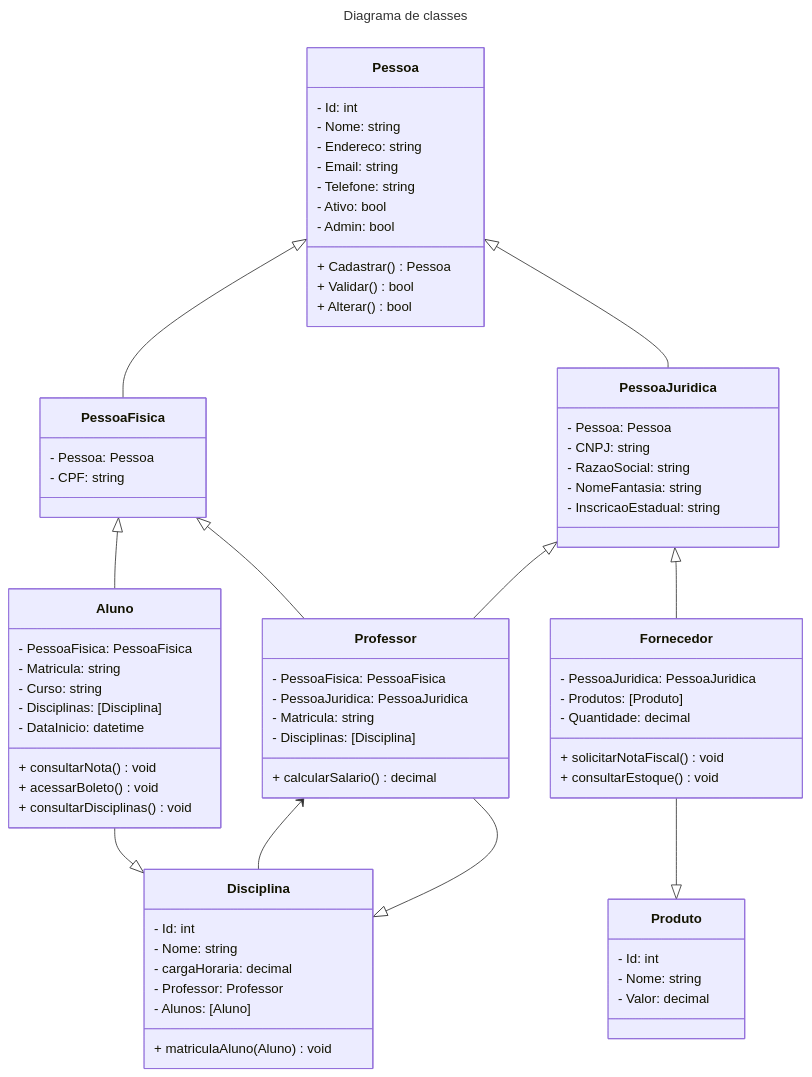
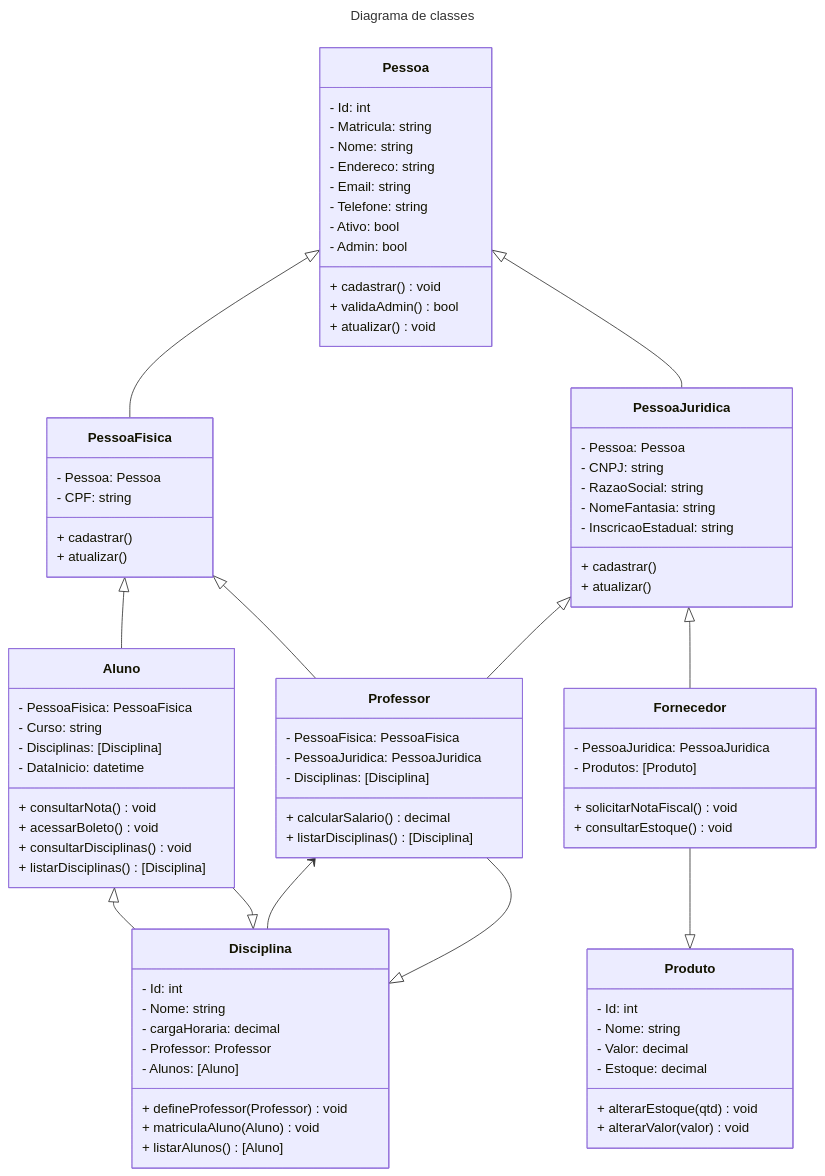
Before and after one commit to arthurrcavalcanti/PTI_Senac_Grupo_13: the diagram in README.md, drawn with Mermaid.

Commit message:
atualizando classes

````diff
--- a/README.md
+++ b/README.md
@@ -47,20 +47,22 @@
     Professor --|> Disciplina
     Professor <-- Disciplina
     Aluno --|> Disciplina
+    Aluno <|-- Disciplina
 
     Fornecedor --|> Produto
     
     class Pessoa {
         - Id: int
+        - Matricula: string
         - Nome: string
         - Endereco: string
         - Email: string
         - Telefone: string
         - Ativo: bool
         - Admin: bool
-        + Cadastrar() Pessoa
-        + Validar() bool
-        + Alterar() bool
+        + cadastrar() void
+        + validaAdmin() bool
+        + atualizar() void
     }
     class PessoaJuridica {
         - Pessoa: Pessoa
@@ -68,27 +70,31 @@
         - RazaoSocial: string
         - NomeFantasia: string
         - InscricaoEstadual: string
+        + cadastrar()
+        + atualizar()
     }
     class PessoaFisica {
         - Pessoa: Pessoa
         - CPF: string
+        + cadastrar()
+        + atualizar()
     }
     class Professor {
         - PessoaFisica: PessoaFisica
         - PessoaJuridica: PessoaJuridica
-        - Matricula: string
         - Disciplinas: [Disciplina]
         + calcularSalario() decimal
+        + listarDisciplinas() [Disciplina]
     }
     class Aluno {
         - PessoaFisica: PessoaFisica
-        - Matricula: string
         - Curso: string
         - Disciplinas: [Disciplina]
         - DataInicio: datetime
         + consultarNota() void
         + acessarBoleto() void
         + consultarDisciplinas() void
+        + listarDisciplinas() [Disciplina]
     }
     class Disciplina {
         - Id: int
@@ -96,12 +102,13 @@
         - cargaHoraria: decimal
         - Professor: Professor
         - Alunos: [Aluno]
+        + defineProfessor(Professor) void
         + matriculaAluno(Aluno) void
+        + listarAlunos() [Aluno]
     }
     class Fornecedor {
         - PessoaJuridica: PessoaJuridica
         - Produtos: [Produto]
-        - Quantidade: decimal
         + solicitarNotaFiscal() void
         + consultarEstoque() void
     }
@@ -109,5 +116,8 @@
         - Id: int
         - Nome: string
         - Valor: decimal
+        - Estoque: decimal
+        + alterarEstoque(qtd) void
+        + alterarValor(valor) void
     }
 ```
````
